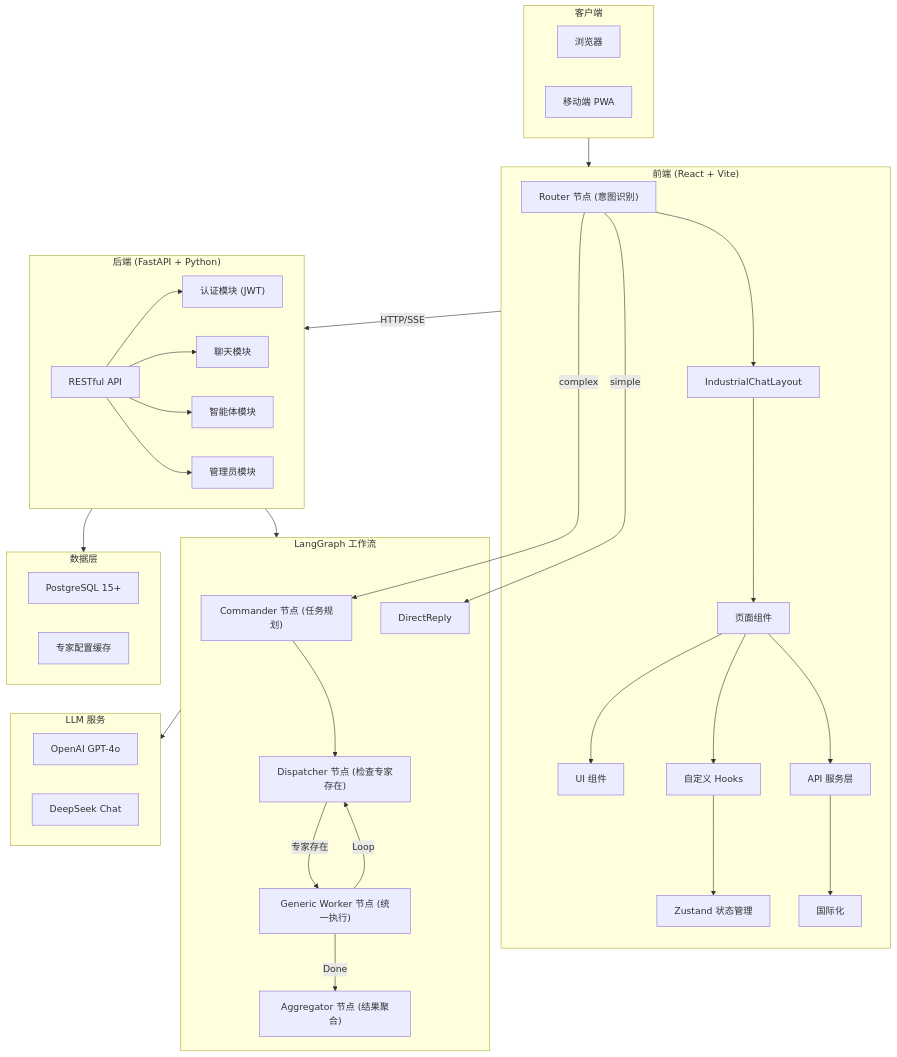
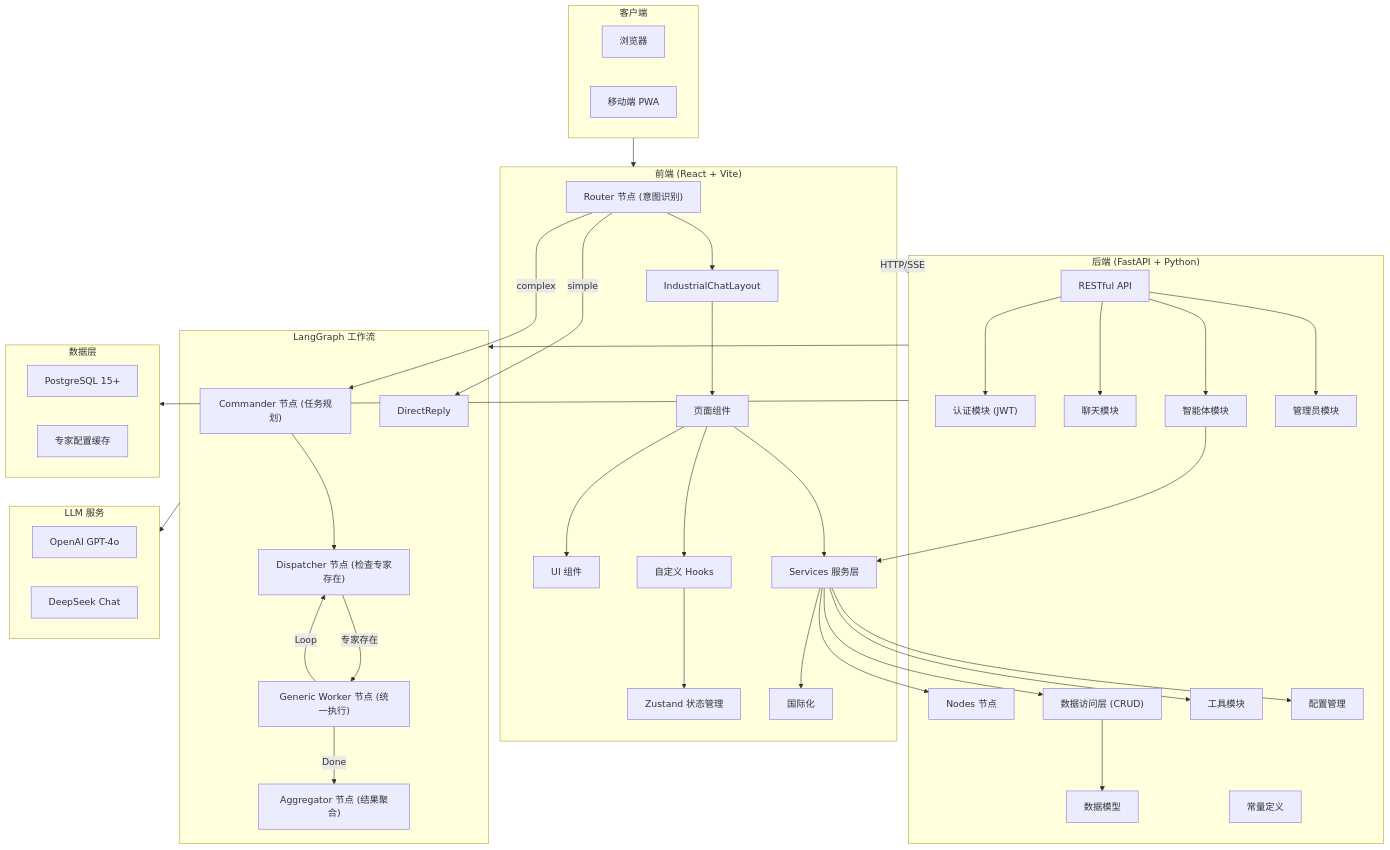
The diagram in README.md (alex1987chn/xpouch-ai), drawn with Mermaid before and after one commit. The commit also changed other lines of this file and 6 other files, not shown here.

```diff
--- a/README.md
+++ b/README.md
@@ -246,12 +251,25 @@
         Auth["认证模块 (JWT)"]
         Chat["聊天模块"]
         Agents["智能体模块"]
+            Services["Services 服务层"]
+            Nodes["Nodes 节点"]
         Admin["管理员模块"]
+        CRUD["数据访问层 (CRUD)"]
+        Utils["工具模块"]
+        Models["数据模型"]
+        Config["配置管理"]
+        Constants["常量定义"]
 
         API --> Auth
         API --> Chat
         API --> Agents
         API --> Admin
+        Agents --> Services
+        Services --> Nodes
+        Services --> CRUD
+        Services --> Utils
+        Services --> Config
+        CRUD --> Models
     end
 
     subgraph LangGraph["LangGraph 工作流"]
```
